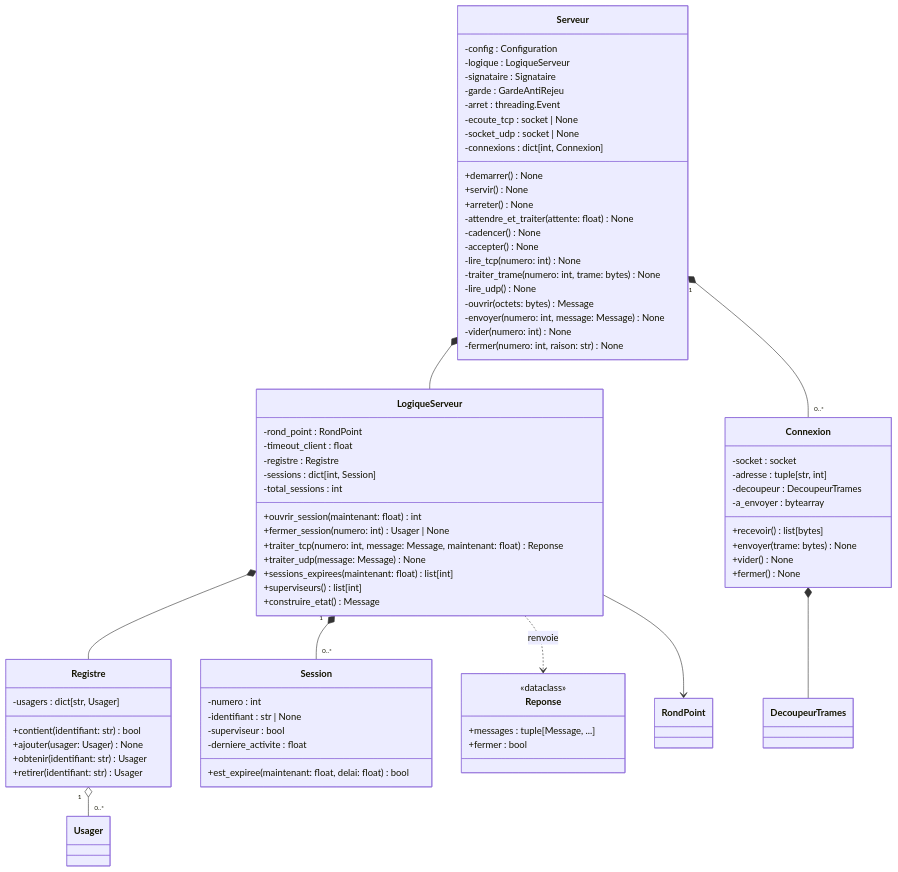
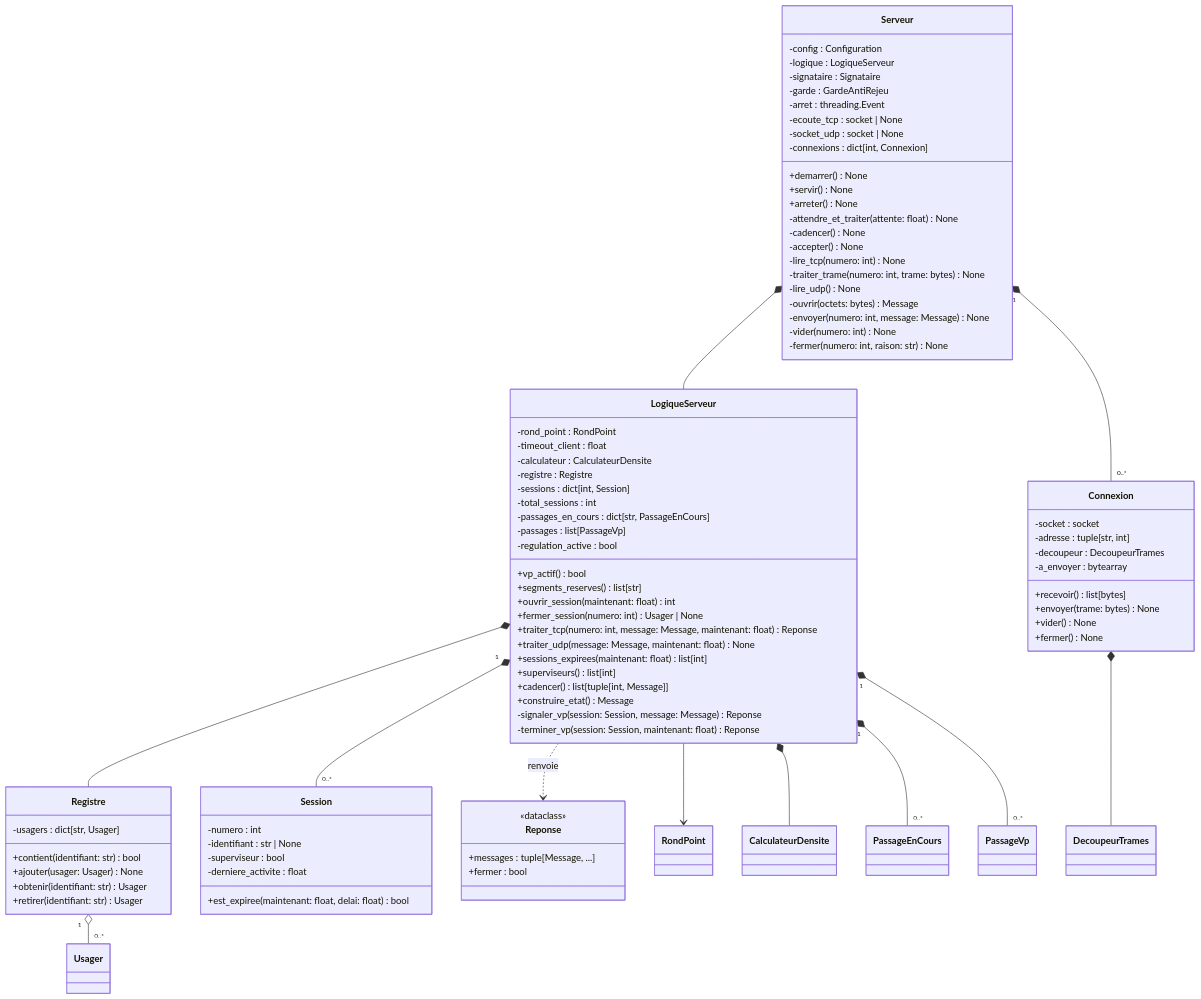
The sixth of 10 diagrams in docs/uml.md (vRayzix/SAE3.02_Developper-une-application-communicante), drawn with Mermaid before and after one commit. The commit also changed other lines of this file, not shown here.

Commit message:
docs(uml): étape du trajet, densité et passages des véhicules prioritaires

````diff
--- a/docs/uml.md
+++ b/docs/uml.md
@@ -379,16 +380,25 @@
     class LogiqueServeur {
         -rond_point : RondPoint
         -timeout_client : float
+        -calculateur : CalculateurDensite
         -registre : Registre
         -sessions : dict[int, Session]
         -total_sessions : int
+        -passages_en_cours : dict[str, PassageEnCours]
+        -passages : list[PassageVp]
+        -regulation_active : bool
+        +vp_actif() bool
+        +segments_reserves() list[str]
         +ouvrir_session(maintenant: float) int
         +fermer_session(numero: int) Usager | None
         +traiter_tcp(numero: int, message: Message, maintenant: float) Reponse
-        +traiter_udp(message: Message) None
+        +traiter_udp(message: Message, maintenant: float) None
         +sessions_expirees(maintenant: float) list[int]
         +superviseurs() list[int]
+        +cadencer() list[tuple[int, Message]]
         +construire_etat() Message
+        -signaler_vp(session: Session, message: Message) Reponse
+        -terminer_vp(session: Session, maintenant: float) Reponse
     }
 
     class Reponse {
@@ -420,5 +430,8 @@
     LogiqueServeur "1" *-- "0..*" Session
     LogiqueServeur ..> Reponse : renvoie
     LogiqueServeur --> RondPoint
+    LogiqueServeur *-- CalculateurDensite
+    LogiqueServeur "1" *-- "0..*" PassageEnCours
+    LogiqueServeur "1" *-- "0..*" PassageVp
     Registre "1" o-- "0..*" Usager
 ```
````
